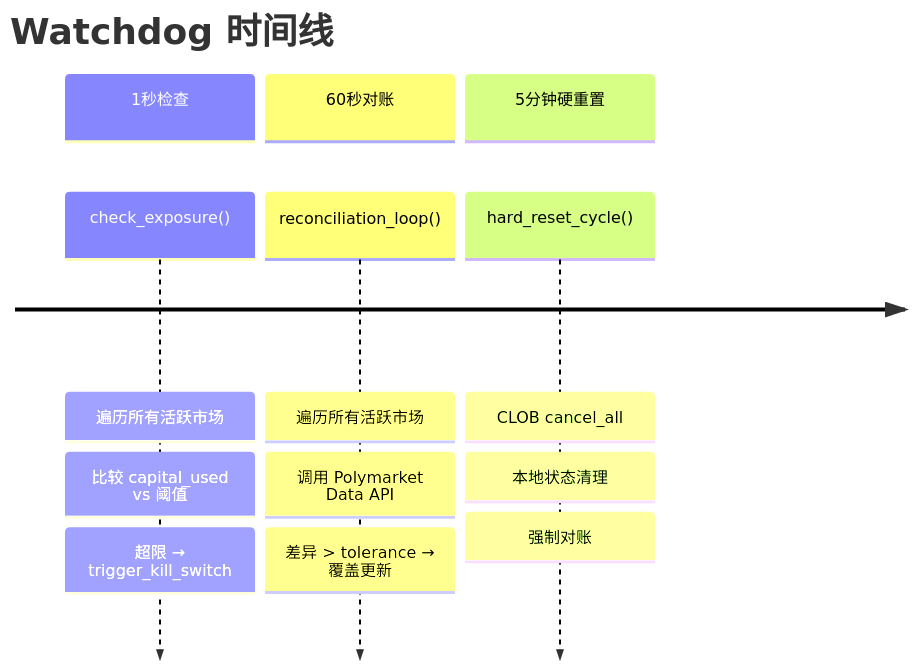
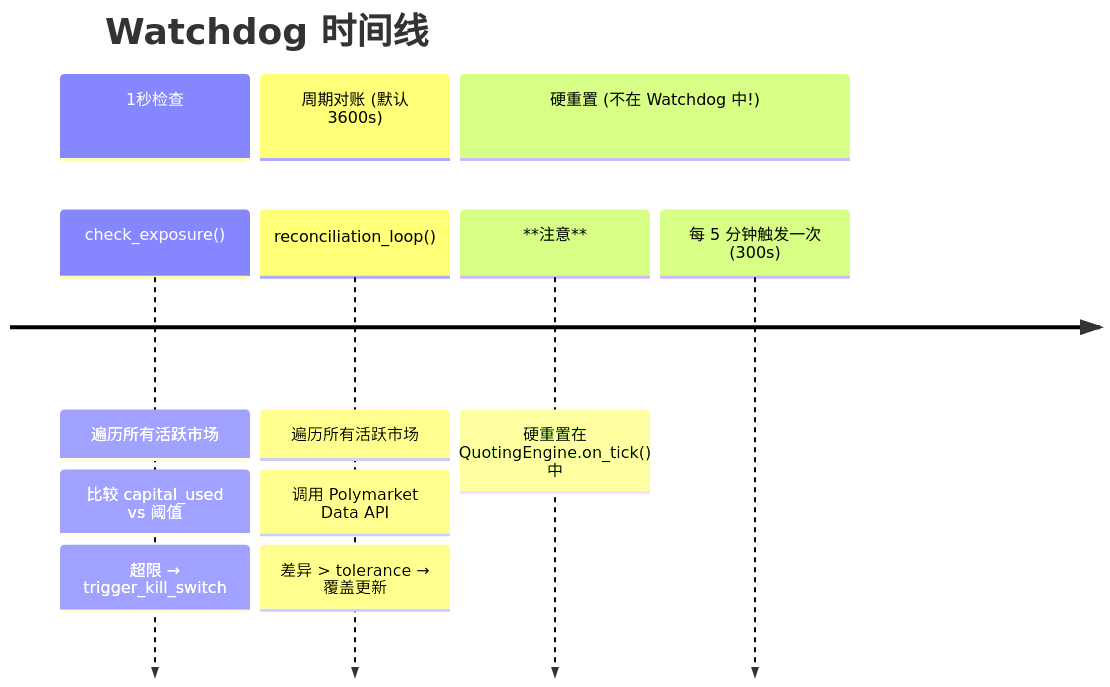
Before and after one commit to liu-kaining/PolyMatrixEngine: the second of 3 diagrams in spec/architecture_diagrams/08_watchdog_mechanism.md, drawn with Mermaid. The commit also changed other lines of this file and 11 other files, not shown here.

````diff
--- a/spec/architecture_diagrams/08_watchdog_mechanism.md
+++ b/spec/architecture_diagrams/08_watchdog_mechanism.md
@@ -164,28 +152,26 @@
 ```mermaid
 %%{init: {'theme': 'base', 'themeVariables': {
   'primaryColor': '#1e3a5f',
   'primaryTextColor': '#ffffff',
   'primaryBorderColor': '#334155',
   'lineColor': '#64748b'
 }}%%
 timeline
     title Watchdog 时间线
 
     section 1秒检查
         check_exposure()
         : 遍历所有活跃市场
         : 比较 capital_used vs 阈值
         : 超限 → trigger_kill_switch
 
-    section 60秒对账
+    section 周期对账 (默认 3600s)
         reconciliation_loop()
         : 遍历所有活跃市场
         : 调用 Polymarket Data API
         : 差异 > tolerance → 覆盖更新
 
-    section 5分钟硬重置
-        hard_reset_cycle()
-        : CLOB cancel_all
-        : 本地状态清理
-        : 强制对账
+    section 硬重置 (不在 Watchdog 中!)
+        **注意**: 硬重置在 QuotingEngine.on_tick() 中
+        每 5 分钟触发一次 (300s)
 ```
````
